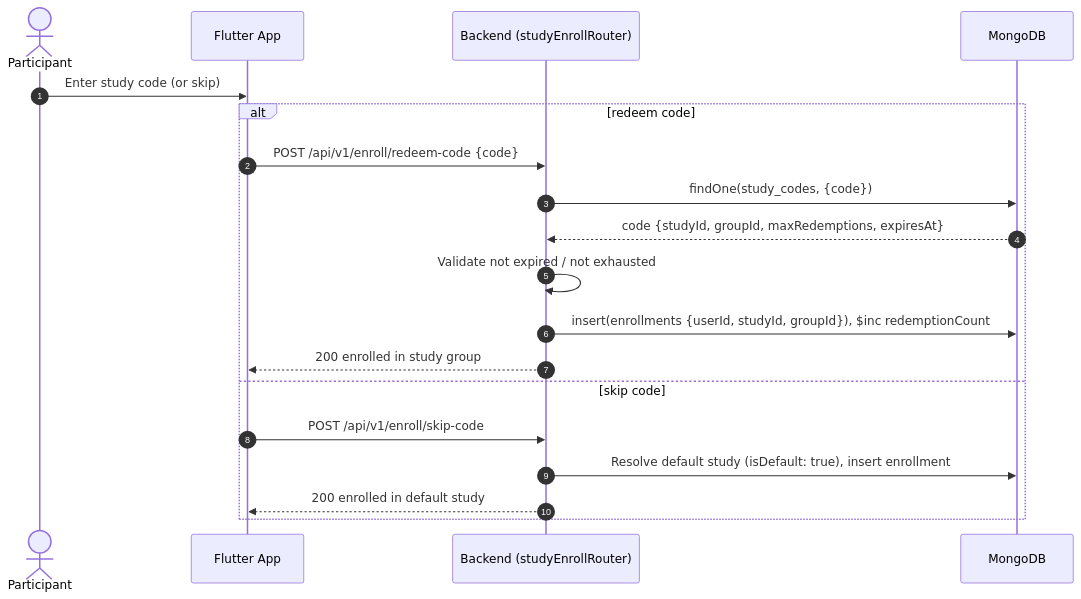
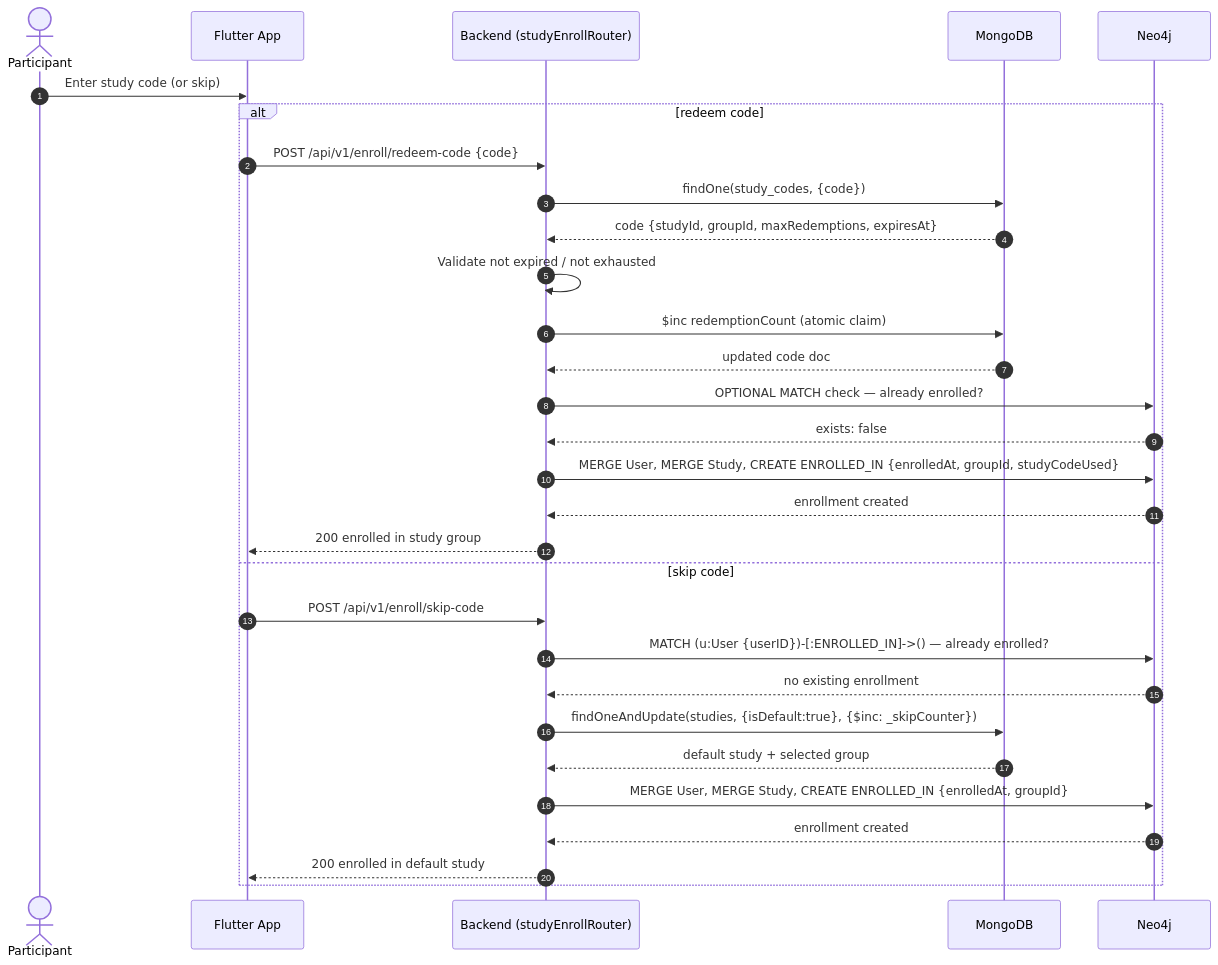
The diagram in docs/diagrams/sequences/UC-09-enroll-in-study.mmd (Bulgy404/health-habit-hub), drawn with Mermaid before and after one commit. The commit also changed 81 other files, not shown here.

```diff
--- a/docs/diagrams/sequences/UC-09-enroll-in-study.mmd
+++ b/docs/diagrams/sequences/UC-09-enroll-in-study.mmd
@@ -1,21 +1,34 @@
 %% UC-09 — Enroll in study (redeem or skip study code)
+%% Enrollment edge is now stored in Neo4j (ENROLLED_IN relationship);
+%% group config stays in MongoDB studies collection.
 sequenceDiagram
     autonumber
     actor P as Participant
     participant F as Flutter App
     participant B as Backend (studyEnrollRouter)
     participant M as MongoDB
+    participant N as Neo4j
 
     P->>F: Enter study code (or skip)
     alt redeem code
         F->>B: POST /api/v1/enroll/redeem-code {code}
         B->>M: findOne(study_codes, {code})
         M-->>B: code {studyId, groupId, maxRedemptions, expiresAt}
         B->>B: Validate not expired / not exhausted
-        B->>M: insert(enrollments {userId, studyId, groupId}), $inc redemptionCount
+        B->>M: $inc redemptionCount (atomic claim)
+        M-->>B: updated code doc
+        B->>N: OPTIONAL MATCH check — already enrolled?
+        N-->>B: exists: false
+        B->>N: MERGE User, MERGE Study, CREATE ENROLLED_IN {enrolledAt, groupId, studyCodeUsed}
+        N-->>B: enrollment created
         B-->>F: 200 enrolled in study group
     else skip code
         F->>B: POST /api/v1/enroll/skip-code
-        B->>M: Resolve default study (isDefault: true), insert enrollment
+        B->>N: MATCH (u:User {userID})-[:ENROLLED_IN]->() — already enrolled?
+        N-->>B: no existing enrollment
+        B->>M: findOneAndUpdate(studies, {isDefault:true}, {$inc: _skipCounter})
+        M-->>B: default study + selected group
+        B->>N: MERGE User, MERGE Study, CREATE ENROLLED_IN {enrolledAt, groupId}
+        N-->>B: enrollment created
         B-->>F: 200 enrolled in default study
     end
```
